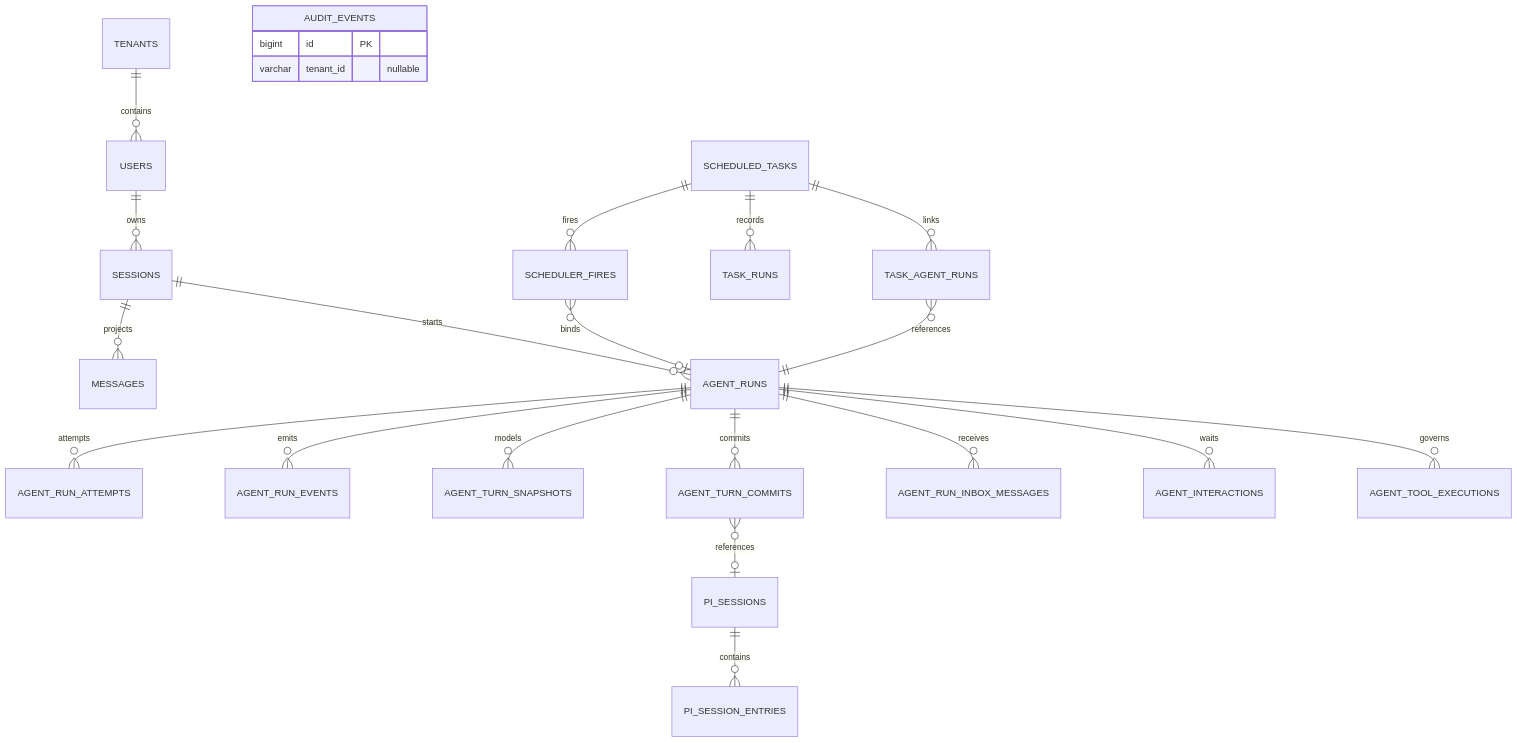
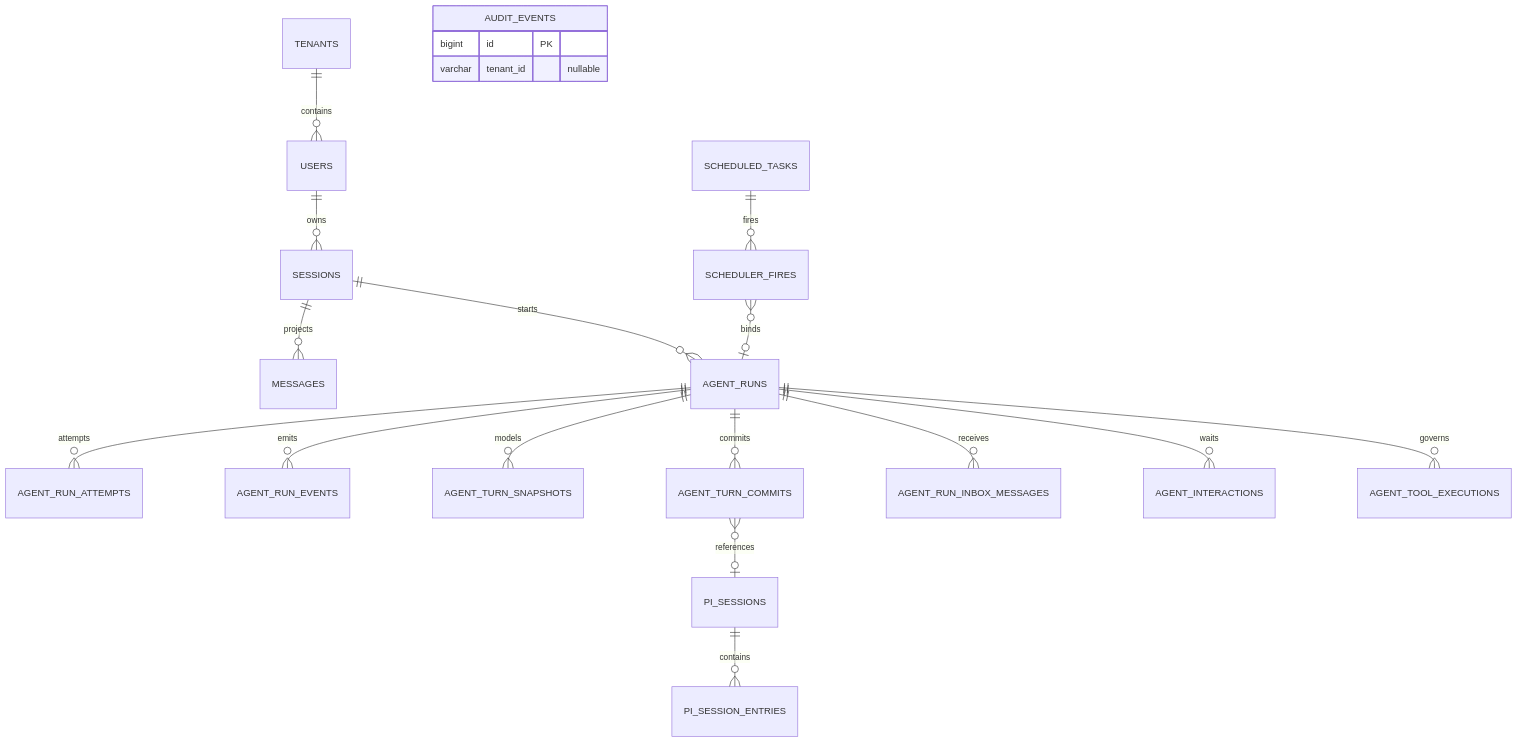
Before and after one commit to Wpxknight/agentdemo: the first of 4 diagrams in docs/design/07-data-and-persistence.md, drawn with Mermaid. The commit also changed other lines of this file and 55 other files, not shown here.

````diff
--- a/docs/design/07-data-and-persistence.md
+++ b/docs/design/07-data-and-persistence.md
@@ -36,29 +36,26 @@
 ```mermaid
 erDiagram
   TENANTS ||--o{ USERS : contains
   USERS ||--o{ SESSIONS : owns
   SESSIONS ||--o{ MESSAGES : projects
 
   SESSIONS ||--o{ AGENT_RUNS : starts
   AGENT_RUNS ||--o{ AGENT_RUN_ATTEMPTS : attempts
   AGENT_RUNS ||--o{ AGENT_RUN_EVENTS : emits
   AGENT_RUNS ||--o{ AGENT_TURN_SNAPSHOTS : models
   AGENT_RUNS ||--o{ AGENT_TURN_COMMITS : commits
   AGENT_RUNS ||--o{ AGENT_RUN_INBOX_MESSAGES : receives
   AGENT_RUNS ||--o{ AGENT_INTERACTIONS : waits
   AGENT_RUNS ||--o{ AGENT_TOOL_EXECUTIONS : governs
 
   PI_SESSIONS ||--o{ PI_SESSION_ENTRIES : contains
   AGENT_TURN_COMMITS }o--o| PI_SESSIONS : references
 
   SCHEDULED_TASKS ||--o{ SCHEDULER_FIRES : fires
-  SCHEDULED_TASKS ||--o{ TASK_RUNS : records
-  SCHEDULED_TASKS ||--o{ TASK_AGENT_RUNS : links
   SCHEDULER_FIRES }o--o| AGENT_RUNS : binds
-  TASK_AGENT_RUNS }o--|| AGENT_RUNS : references
 
   AUDIT_EVENTS {
     bigint id PK
     varchar tenant_id "nullable"
   }
 ```
````
